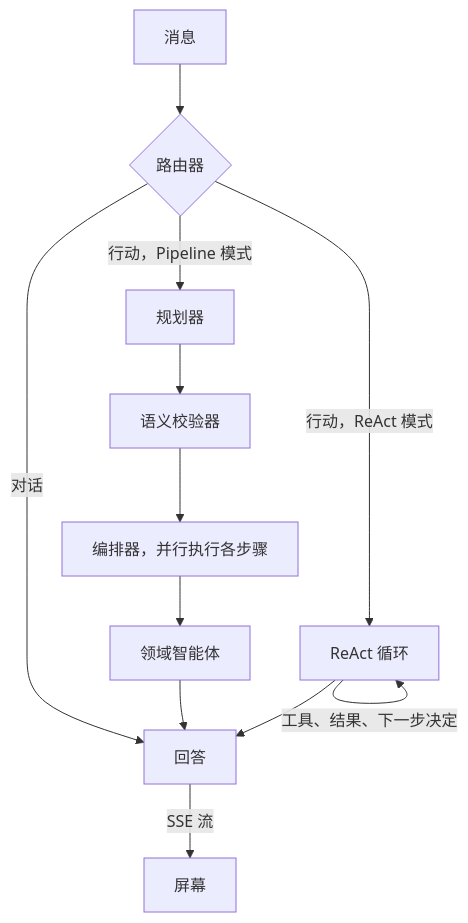
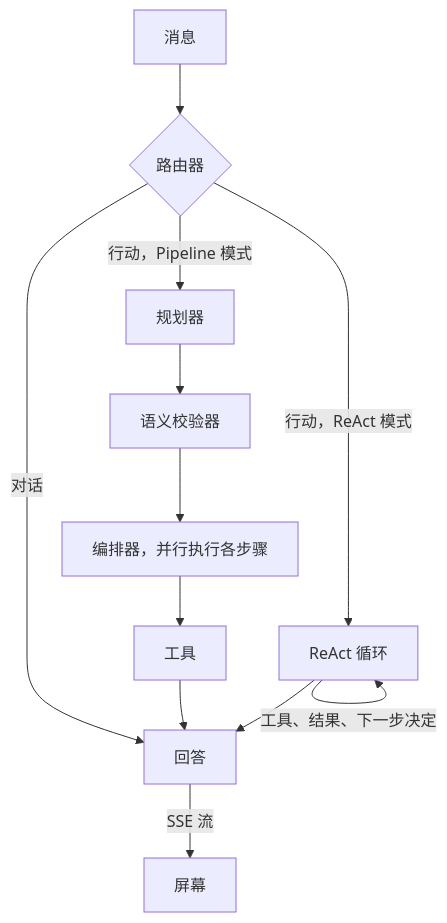
The second of 4 diagrams in apps/web/src/data/guides/how.zh.md (jgouviergmail/LIA-Assistant), drawn with Mermaid before and after one commit. The commit also changed other lines of this file and 612 other files, not shown here.

````diff
--- a/apps/web/src/data/guides/how.zh.md
+++ b/apps/web/src/data/guides/how.zh.md
@@ -86,14 +86,14 @@
 ```mermaid
 flowchart TD
     M["消息"] --> R{"路由器"}
     R -->|"对话"| S["回答"]
     R -->|"行动，Pipeline 模式"| P["规划器"]
     P --> V["语义校验器"]
     V --> O["编排器，并行执行各步骤"]
-    O --> A["领域智能体"]
+    O --> A["工具"]
     A --> S
     R -->|"行动，ReAct 模式"| L["ReAct 循环"]
     L -->|"工具、结果、下一步决定"| L
     L --> S
     S -->|"SSE 流"| U["屏幕"]
 ```
````
